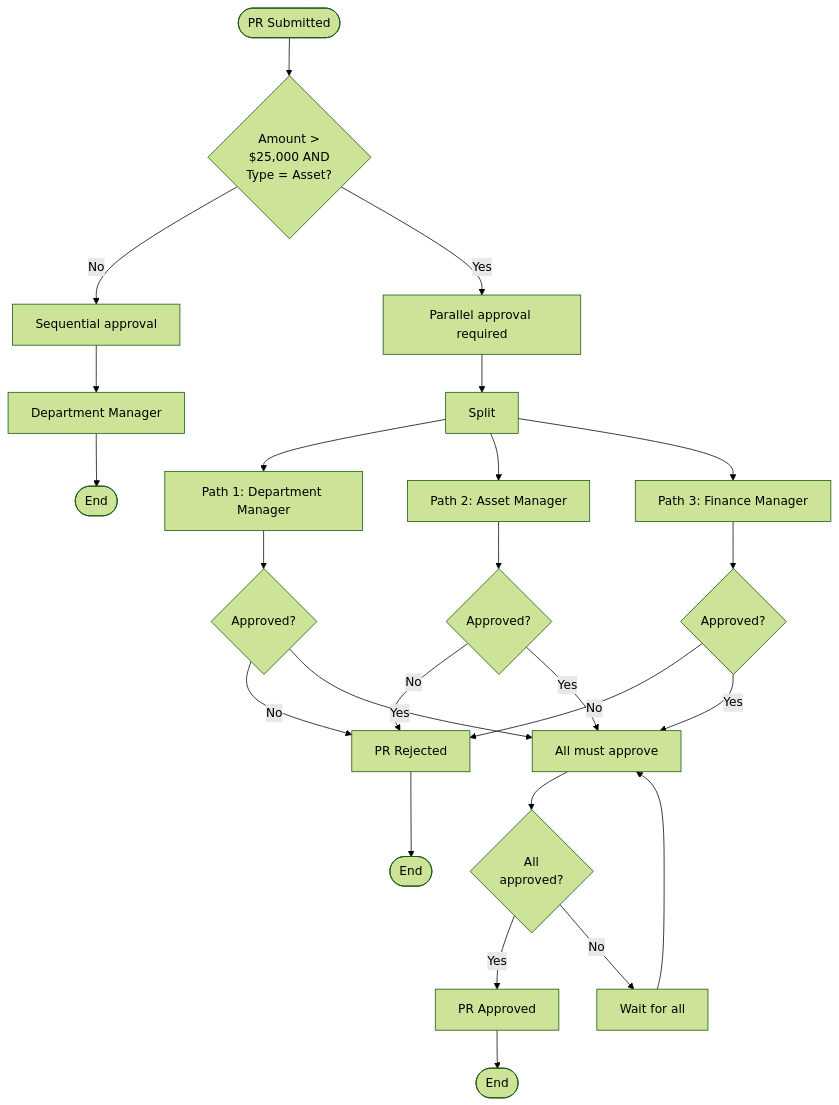
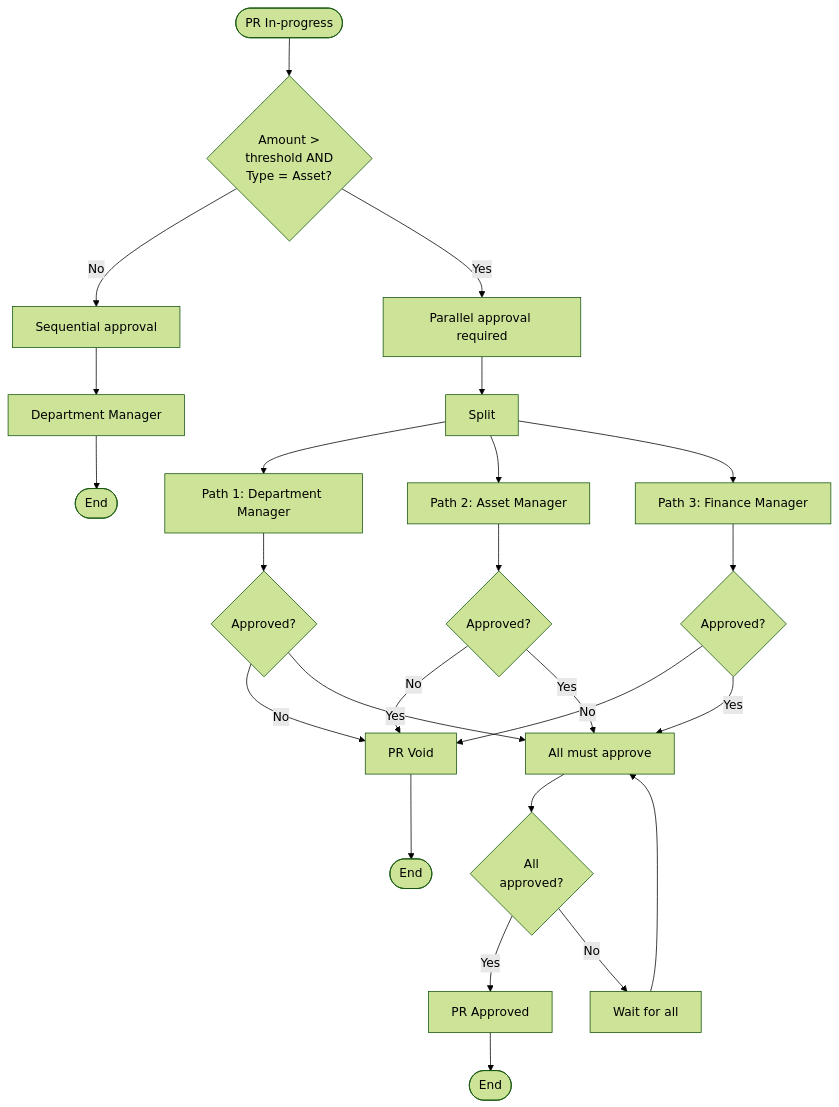
Diagram 17 of 30 in docs/app/procurement/purchase-requests/FD-purchase-requests.md (CarmenSoftware-organization/carmen), drawn with Mermaid (forest theme) before and after one commit. The commit also changed other lines of this file and 1788 other files, not shown here.

````diff
--- a/docs/app/procurement/purchase-requests/FD-purchase-requests.md
+++ b/docs/app/procurement/purchase-requests/FD-purchase-requests.md
@@ -737,35 +786,35 @@
 ```mermaid
 flowchart TD
-    Start([PR Submitted]) --> Split{Amount ><br/>$25,000 AND<br/>Type = Asset?}
+    Start([PR In-progress]) --> Split{Amount ><br/>threshold AND<br/>Type = Asset?}
 
     Split -->|No| Sequential[Sequential approval]
     Sequential --> Stage1[Department Manager]
     Stage1 --> End1([End])
 
     Split -->|Yes| Parallel[Parallel approval required]
     Parallel --> Fork[Split]
 
     Fork --> Path1[Path 1: Department Manager]
     Fork --> Path2[Path 2: Asset Manager]
     Fork --> Path3[Path 3: Finance Manager]
 
     Path1 --> Check1{Approved?}
     Path2 --> Check2{Approved?}
     Path3 --> Check3{Approved?}
 
-    Check1 -->|No| Rejected[PR Rejected]
-    Check2 -->|No| Rejected
-    Check3 -->|No| Rejected
+    Check1 -->|No| Voided[PR Void]
+    Check2 -->|No| Voided
+    Check3 -->|No| Voided
 
     Check1 -->|Yes| Join[All must approve]
     Check2 -->|Yes| Join
     Check3 -->|Yes| Join
 
     Join --> AllApproved{All<br/>approved?}
     AllApproved -->|Yes| Approved[PR Approved]
     AllApproved -->|No| Wait[Wait for all]
     Wait --> Join
 
     Approved --> End2([End])
-    Rejected --> End3([End])
+    Voided --> End3([End])
 ```
````
